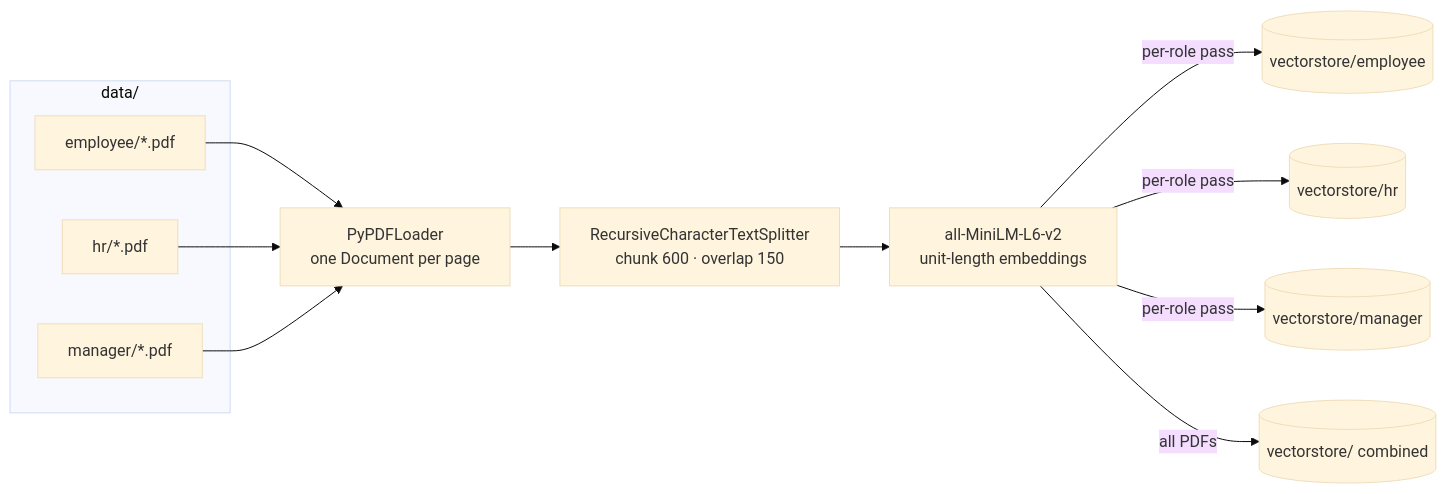
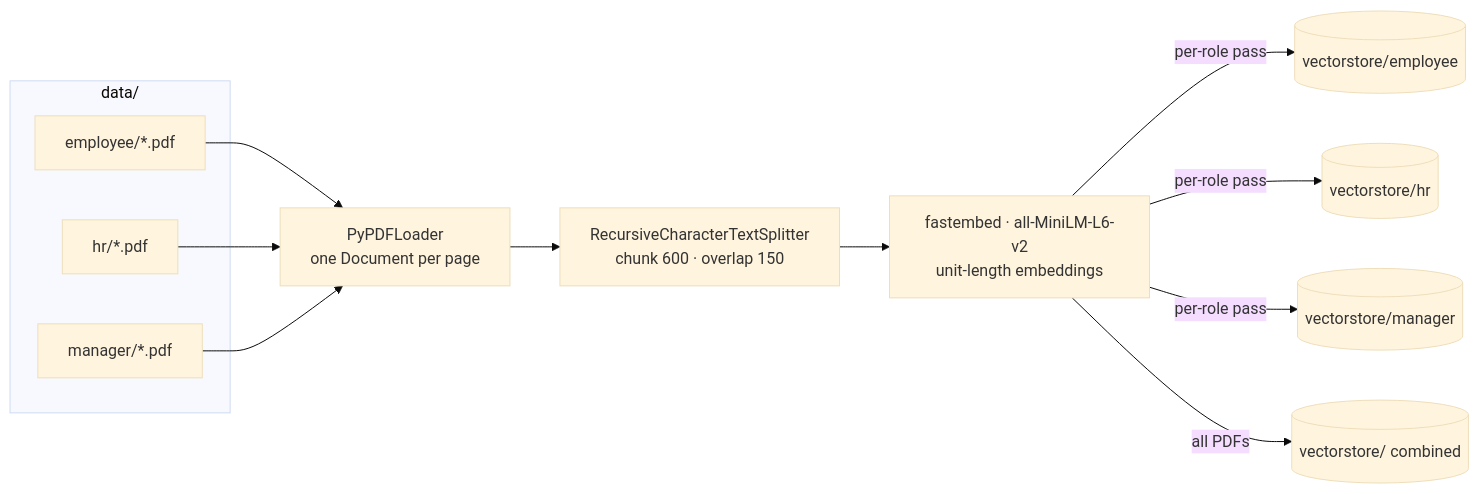
One commit to GOPIKA-BTECH23/enterprise-rag-assistant changed the third of 4 diagrams in README.md. Above: the diagram before and after it, drawn with Mermaid (base theme). The commit also changed other lines of this file and 13 other files, not shown here.

First line of the commit message:
Deploy backend on Render with fastembed embeddings

````diff
--- a/README.md
+++ b/README.md
@@ -145,18 +148,18 @@
 ```mermaid
 flowchart LR
     subgraph Data["data/"]
         DE["employee/*.pdf"]
         DH["hr/*.pdf"]
         DM["manager/*.pdf"]
     end
 
     LOAD["PyPDFLoader<br/>one Document per page"]
     SPLIT["RecursiveCharacterTextSplitter<br/>chunk 600 · overlap 150"]
-    EMBED["all-MiniLM-L6-v2<br/>unit-length embeddings"]
+    EMBED["fastembed · all-MiniLM-L6-v2<br/>unit-length embeddings"]
 
     DE & DH & DM --> LOAD --> SPLIT --> EMBED
     EMBED -->|"per-role pass"| VE[("vectorstore/employee")]
     EMBED -->|"per-role pass"| VH[("vectorstore/hr")]
     EMBED -->|"per-role pass"| VM[("vectorstore/manager")]
     EMBED -->|"all PDFs"| VA[("vectorstore/ combined")]
 ```
````
